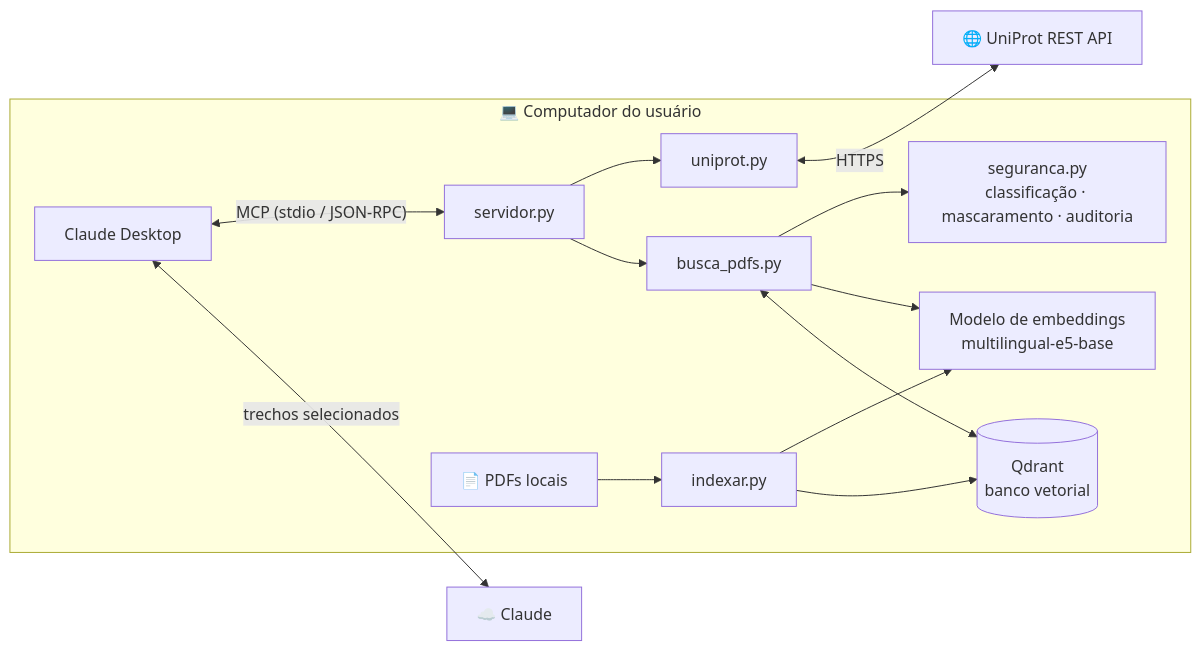
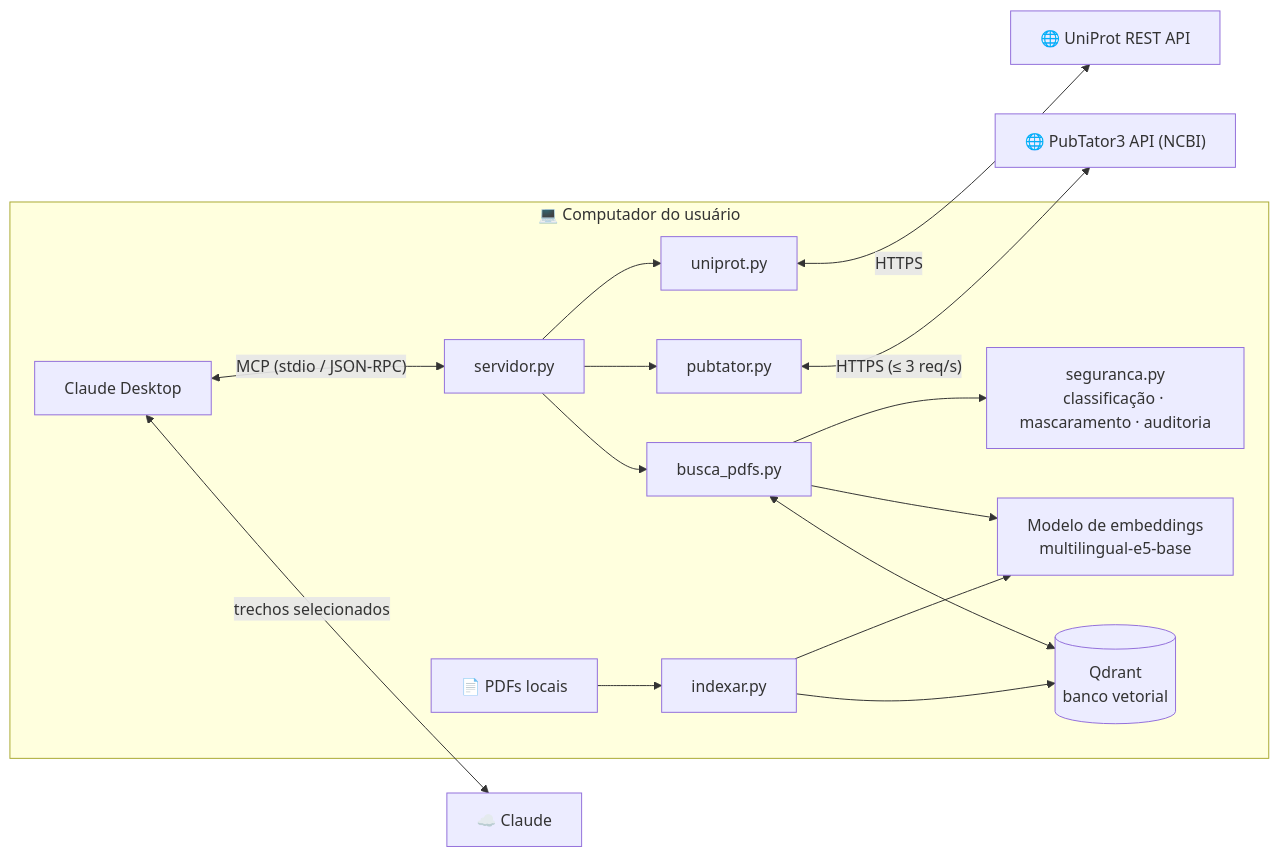
One commit to GuilhermeFusari/mcp-research-agent changed the first of 2 diagrams in README.md. Above: the diagram before and after it, drawn with Mermaid. The commit also changed other lines of this file and 2 other files, not shown here.

First line of the commit message:
Literatura científica via PubTator3 (PubMed)

````diff
--- a/README.md
+++ b/README.md
@@ -55,16 +62,18 @@
 ```mermaid
 flowchart LR
     subgraph PC["💻 Computador do usuário"]
         CD["Claude Desktop"] <-->|"MCP (stdio / JSON-RPC)"| S["servidor.py"]
         S --> U["uniprot.py"]
+        S --> PT["pubtator.py"]
         S --> B["busca_pdfs.py"]
         B --> SEG["seguranca.py<br/>classificação · mascaramento · auditoria"]
         B --> E["Modelo de embeddings<br/>multilingual-e5-base"]
         B <--> Q[("Qdrant<br/>banco vetorial")]
         I["indexar.py"] --> E
         I --> Q
         P["📄 PDFs locais"] --> I
     end
     U <-->|HTTPS| UP["🌐 UniProt REST API"]
+    PT <-->|"HTTPS (≤ 3 req/s)"| PTA["🌐 PubTator3 API (NCBI)"]
     CD <-->|"trechos selecionados"| C["☁️ Claude"]
 ```
````
